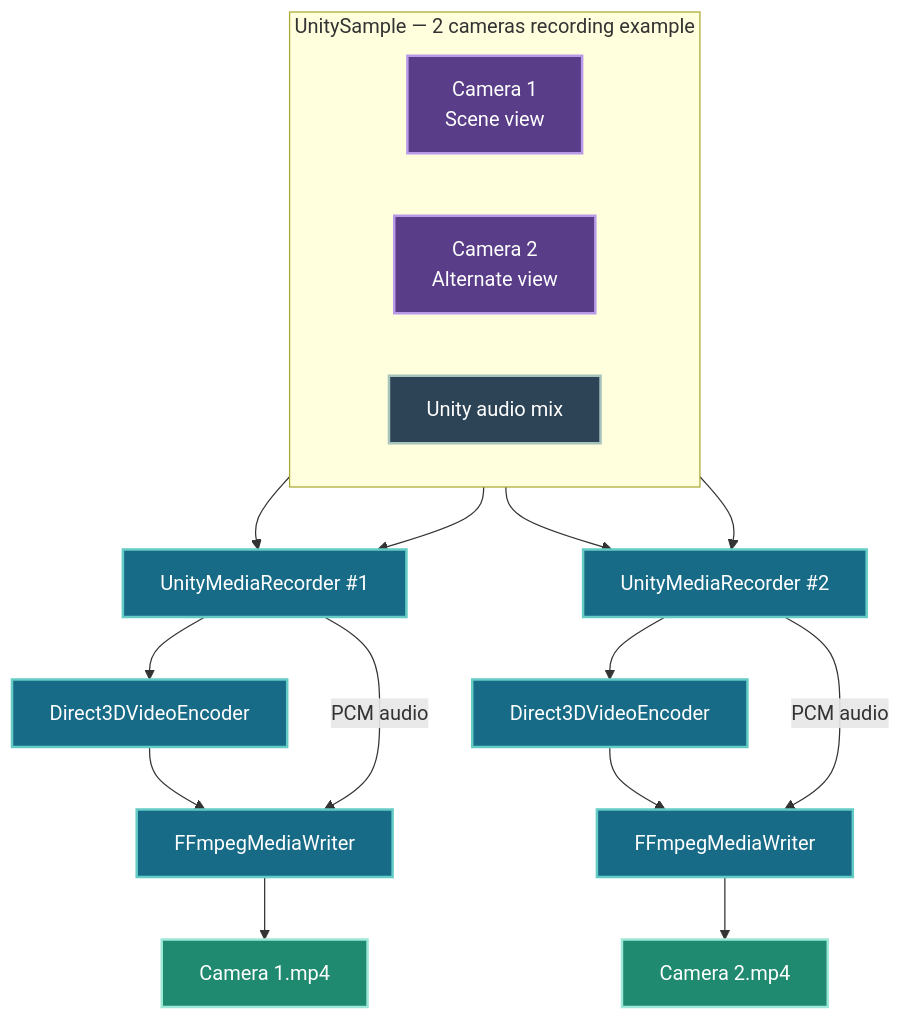
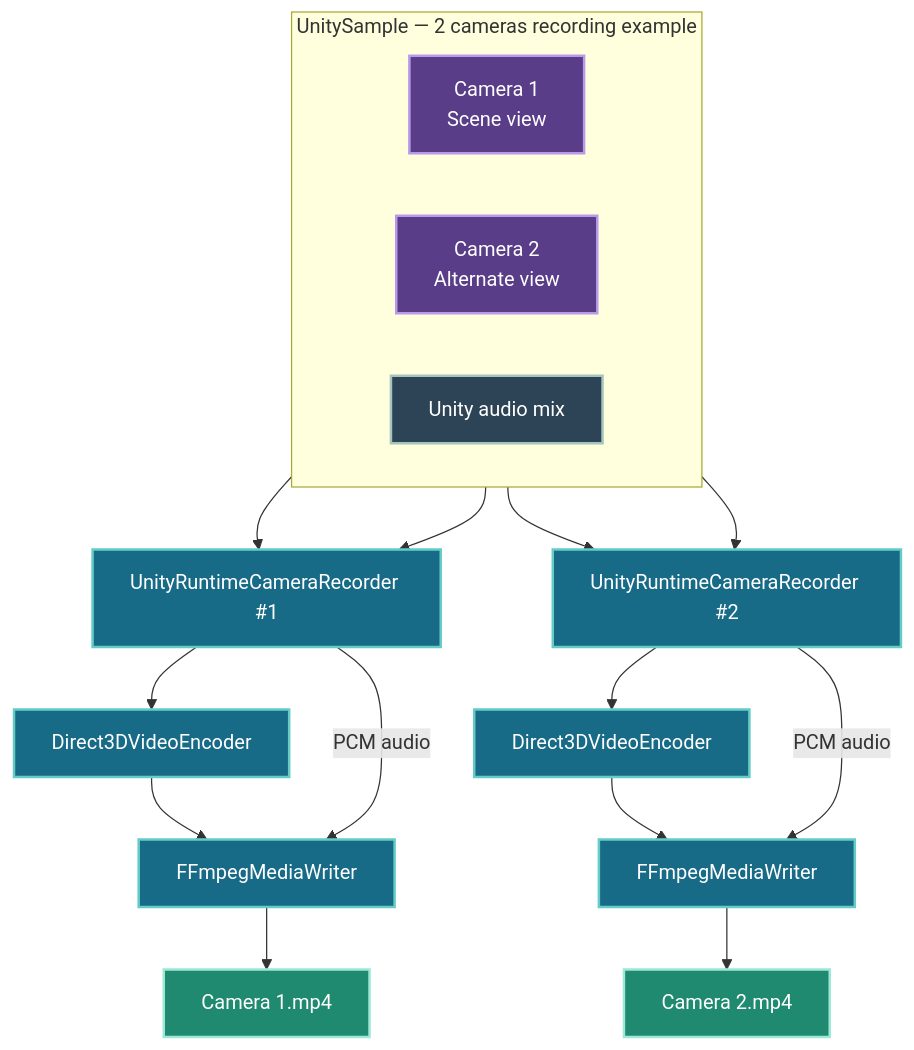
The diagram in profile/README.md (UnityRuntimeCameraRecorder/.github), drawn with Mermaid before and after one commit. The commit also changed other lines of this file, not shown here.

Commit message:
Rename recorder project

````diff
--- a/profile/README.md
+++ b/profile/README.md
@@ -35,37 +35,37 @@
 ```mermaid
 flowchart TB
 
     subgraph Sample["UnitySample — 2 cameras recording example"]
         direction LR
         Camera1["Camera 1<br/>Scene view"]
         Camera2["Camera 2<br/>Alternate view"]
         Audio["Unity audio mix"]
     end
 
-    Camera1 --> Recorder1["UnityMediaRecorder #1"]
-    Camera2 --> Recorder2["UnityMediaRecorder #2"]
+    Camera1 --> Recorder1["UnityRuntimeCameraRecorder #1"]
+    Camera2 --> Recorder2["UnityRuntimeCameraRecorder #2"]
 
     Audio --> Recorder1
     Audio --> Recorder2
 
     Recorder1 --> Encoder1["Direct3DVideoEncoder"]
     Recorder2 --> Encoder2["Direct3DVideoEncoder"]
 
     Encoder1 --> Writer1["FFmpegMediaWriter"]
     Encoder2 --> Writer2["FFmpegMediaWriter"]
 
     Recorder1 -->|"PCM audio"| Writer1
     Recorder2 -->|"PCM audio"| Writer2
 
     Writer1 --> Output1["Camera 1.mp4"]
     Writer2 --> Output2["Camera 2.mp4"]
 
     classDef camera fill:#593d88,color:#fff,stroke:#b99ae8,stroke-width:2px;
     classDef library fill:#176b87,color:#fff,stroke:#64ccc5,stroke-width:2px;
     classDef audio fill:#2d4356,color:#fff,stroke:#a7c4bc,stroke-width:2px;
     classDef output fill:#1f8a70,color:#fff,stroke:#9de8d7,stroke-width:2px;
     class Camera1,Camera2 camera;
     class Recorder1,Recorder2,Encoder1,Encoder2,Writer1,Writer2 library;
     class Audio audio;
     class Output1,Output2 output;
 ```
````
